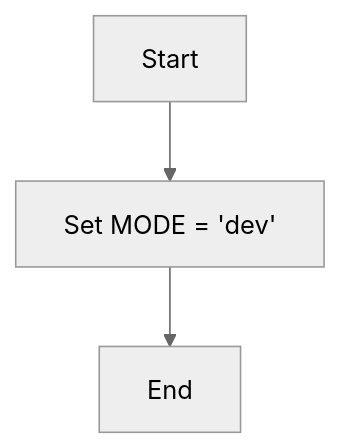
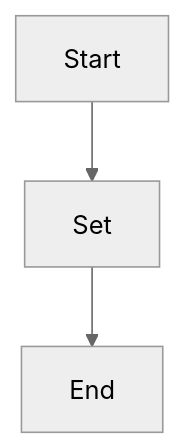
The diagram in docs/gemini/ru/explainer/src/ai/helicone/__init__.py.md (hypo69/hypo), drawn with Mermaid (neutral theme) before and after one commit. The commit also changed other lines of this file and 6031 other files, not shown here.

````diff
--- a/docs/gemini/ru/explainer/src/ai/helicone/__init__.py.md
+++ b/docs/gemini/ru/explainer/src/ai/helicone/__init__.py.md
@@ -13,5 +13,5 @@
 ```mermaid
 flowchart TD
-    Start --> SetMode[Set MODE = 'dev']
+    Start --> SetMode[Set ]
     SetMode --> End
 ```
````
